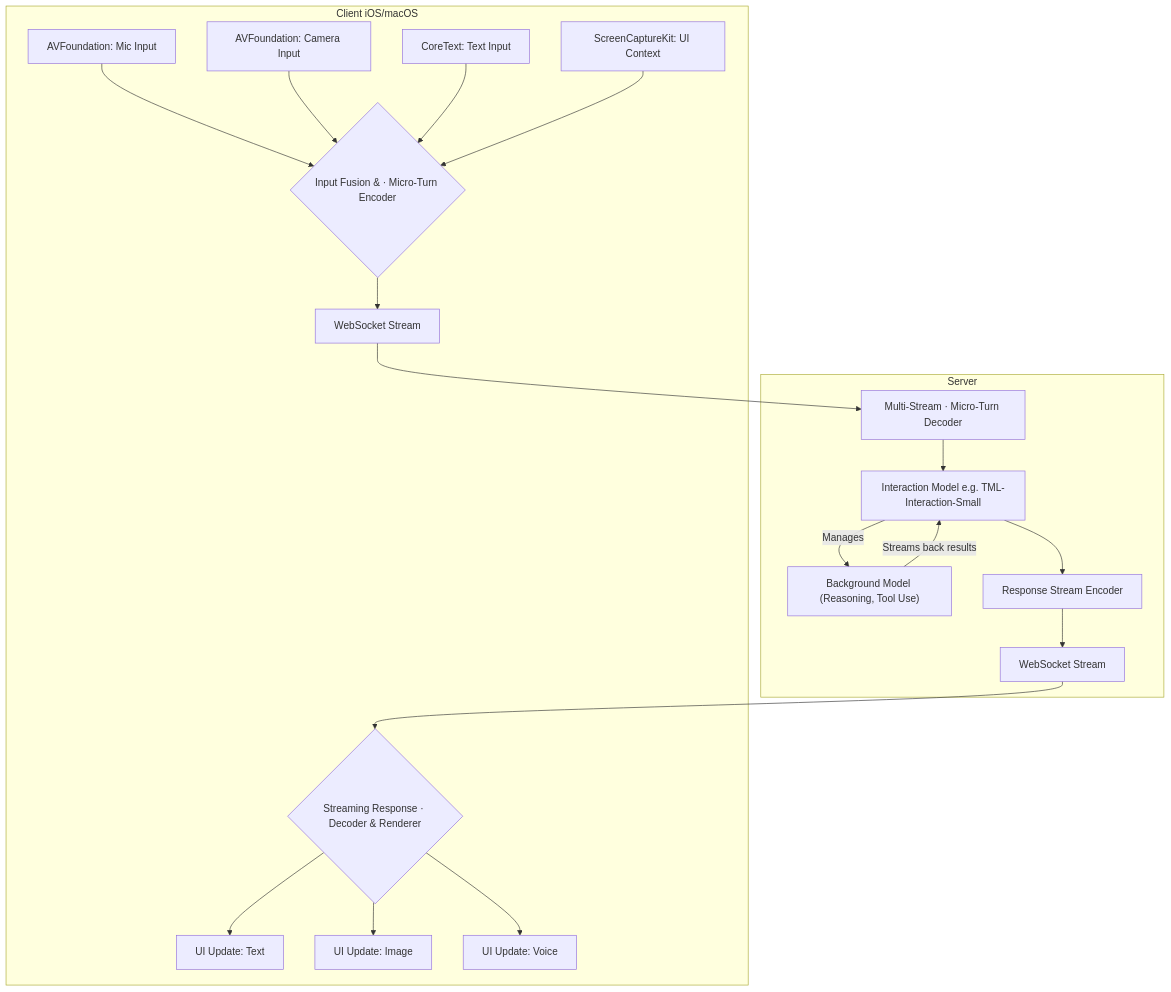
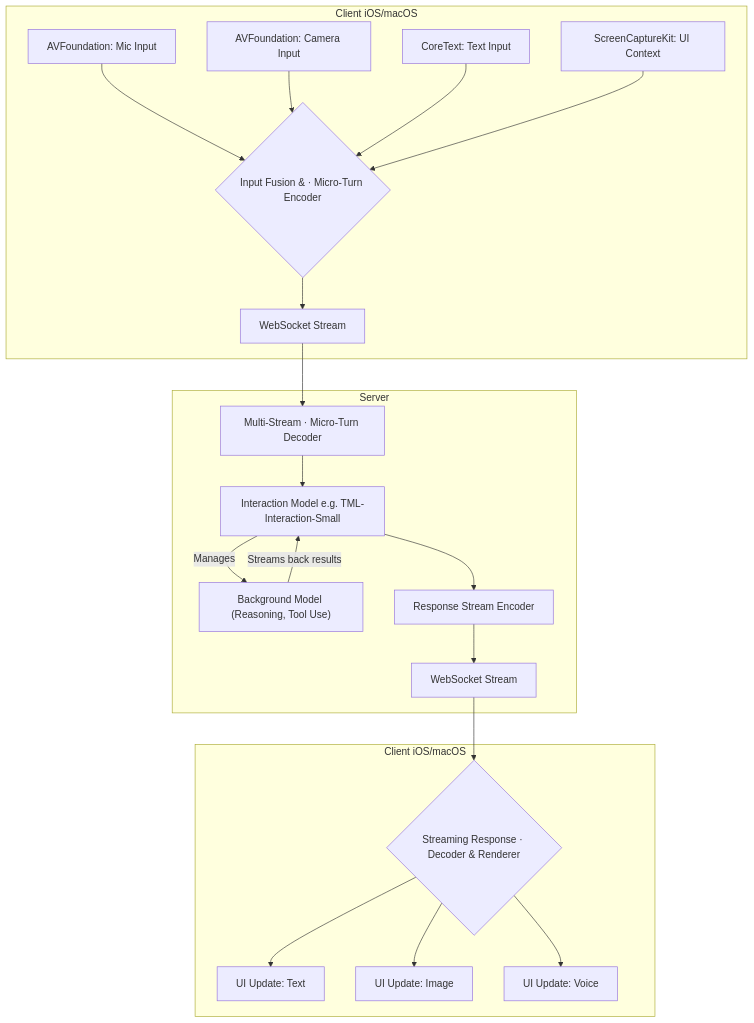
Before and after one commit to Mino777/ai-study: the diagram in content/harness-engineering/real-time-multimodal-human-ai-collaboration.mdx, drawn with Mermaid. The commit also changed 4 other files, not shown here.

First line of the commit message:
fix: Gemini 생성 엔트리 Mermaid 렌더링 에러 수정

````diff
--- a/content/harness-engineering/real-time-multimodal-human-ai-collaboration.mdx
+++ b/content/harness-engineering/real-time-multimodal-human-ai-collaboration.mdx
@@ -124,26 +124,26 @@
 ```mermaid
 graph TD
     subgraph clientIosmacos["Client iOS/macOS"]
         A["AVFoundation: Mic Input"] --> F
         B["AVFoundation: Camera Input"] --> F
         C["CoreText: Text Input"] --> F
         D["ScreenCaptureKit: UI Context"] --> F
         F{"Input Fusion & · Micro-Turn Encoder"} --> G[WebSocket Stream]
     end
 
     subgraph Server
-        G --> H[Multi-Stream · Micro-Turn Decoder]
+        G --> H["Multi-Stream · Micro-Turn Decoder"]
         H --> I["Interaction Model e.g. TML-Interaction-Small"]
         J["Background Model (Reasoning, Tool Use)"] -- Streams back results --> I
         I -- Manages --> J
         I --> K[Response Stream Encoder]
         K --> L[WebSocket Stream]
     end
 
-    subgraph clientIosmacos["Client iOS/macOS"]
-        L --> M{Streaming Response · Decoder & Renderer}
+    subgraph clientIosmacosOut["Client iOS/macOS"]
+        L --> M{"Streaming Response · Decoder & Renderer"}
         M --> N["UI Update: Text"]
         M --> O["UI Update: Image"]
         M --> P["UI Update: Voice"]
     end
 ```
````
